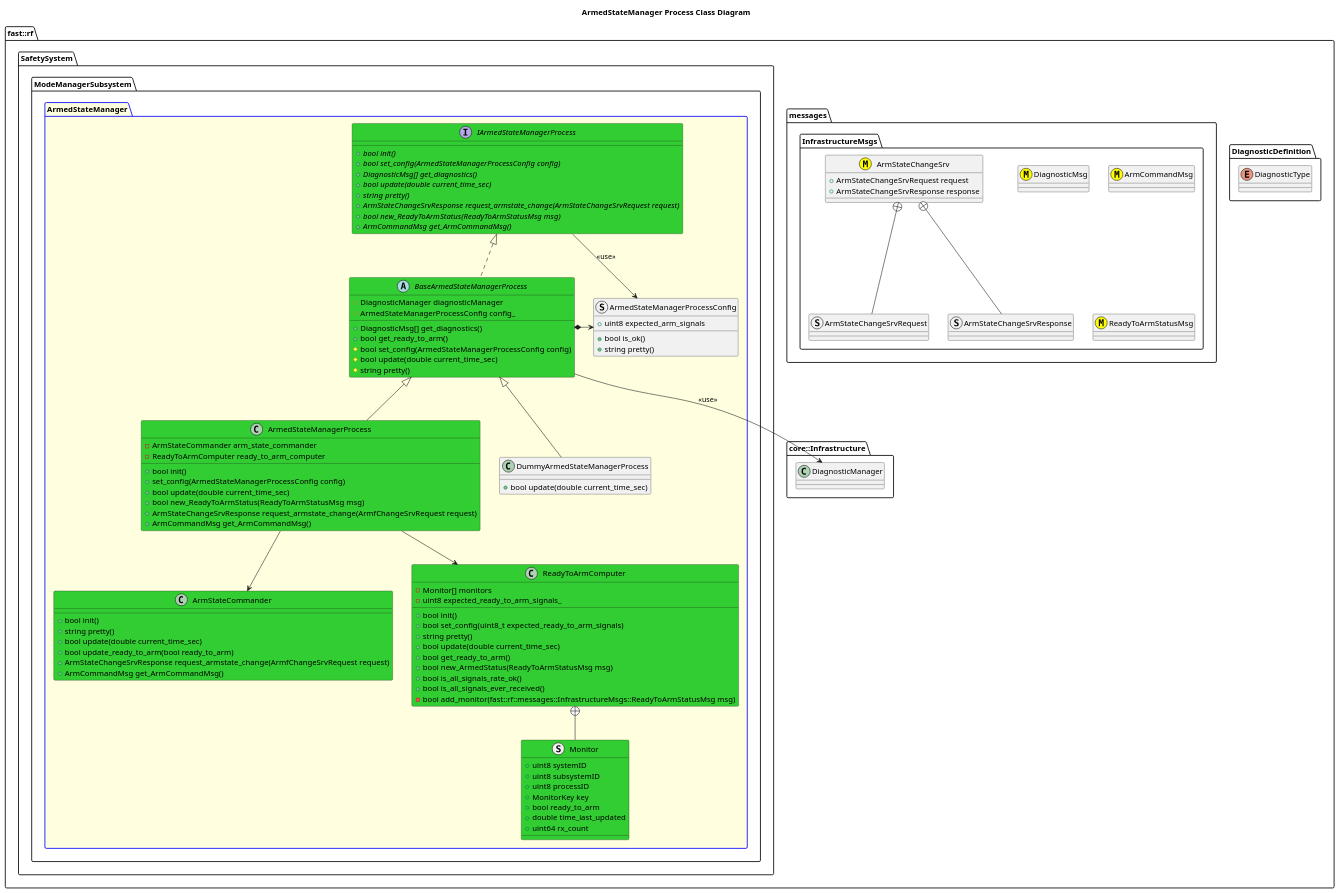
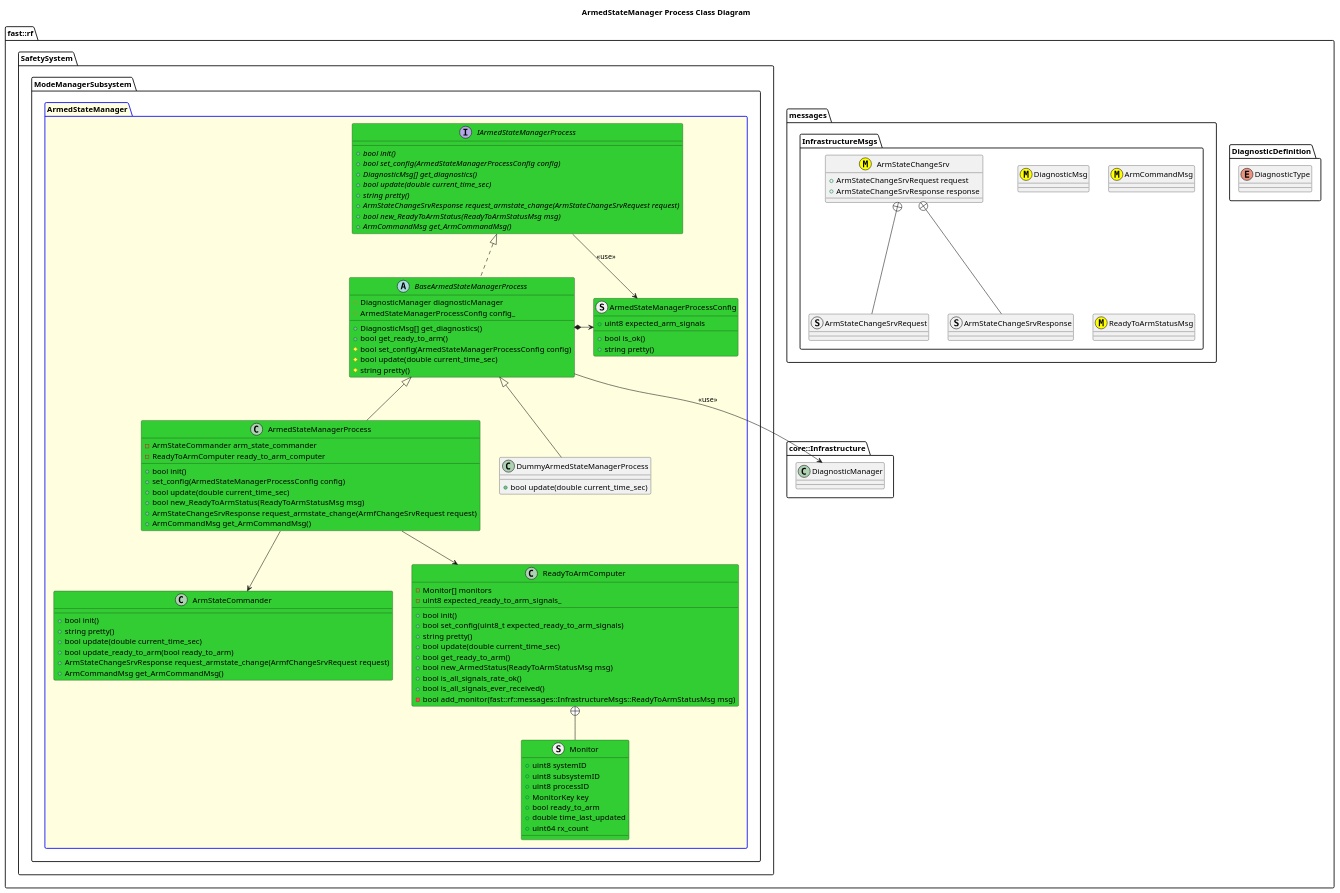
One commit to fastrobotics/robot_framework changed the diagram in Systems/Safety/Subsystems/ModeManager/Processes/ArmedStateManager/doc/puml/ArmedStateManagerProcessClassDiagram.puml. Above: the diagram before and after it, drawn with PlantUML. The commit also changed 1 other file, not shown here.

```diff
--- a/Systems/Safety/Subsystems/ModeManager/Processes/ArmedStateManager/doc/puml/ArmedStateManagerProcessClassDiagram.puml
+++ b/Systems/Safety/Subsystems/ModeManager/Processes/ArmedStateManager/doc/puml/ArmedStateManagerProcessClassDiagram.puml
@@ -1,112 +1,112 @@
 @startuml
 title ArmedStateManager Process Class Diagram
 
 namespace fast::rf {
   namespace DiagnosticDefinition {
     enum DiagnosticType
   }
   namespace messages {
     namespace InfrastructureMsgs {
       class DiagnosticMsg <<(M,#FFFF00)>>
       class ArmCommandMsg <<(M,#FFFF00)>>
       class ReadyToArmStatusMsg <<(M,#FFFF00)>> 
       struct ArmStateChangeSrvRequest
       struct ArmStateChangeSrvResponse
       class ArmStateChangeSrv <<(M,#FFFF00)>>  {
           +ArmStateChangeSrvRequest request
           +ArmStateChangeSrvResponse response
       }
       ArmStateChangeSrv +-- ArmStateChangeSrvRequest
       ArmStateChangeSrv +-- ArmStateChangeSrvResponse
     }
   }
   namespace core::Infrastructure {
     class DiagnosticManager
   }
   namespace SafetySystem {
     namespace ModeManagerSubsystem {
       package ArmedStateManager #LightYellow;line:blue {
         class ArmStateCommander #LimeGreen {
             +bool init()
             +string pretty()
             +bool update(double current_time_sec)
             +bool update_ready_to_arm(bool ready_to_arm)
             +ArmStateChangeSrvResponse request_armstate_change(ArmfChangeSrvRequest request)
             +ArmCommandMsg get_ArmCommandMsg()
         }
         struct Monitor #LimeGreen {
           +uint8 systemID
           +uint8 subsystemID
           +uint8 processID
           +MonitorKey key
           +bool ready_to_arm
           +double time_last_updated
           +uint64 rx_count
         }
         class ReadyToArmComputer #LimeGreen {
             
             +bool init()
             +bool set_config(uint8_t expected_ready_to_arm_signals)
             +string pretty()
             +bool update(double current_time_sec)
             +bool get_ready_to_arm()
             +bool new_ArmedStatus(ReadyToArmStatusMsg msg)
             +bool is_all_signals_rate_ok()
             +bool is_all_signals_ever_received()
             -bool add_monitor(fast::rf::messages::InfrastructureMsgs::ReadyToArmStatusMsg msg)
             -Monitor[] monitors
             -uint8 expected_ready_to_arm_signals_
         }
         ReadyToArmComputer +-- Monitor
-        struct ArmedStateManagerProcessConfig {
+        struct ArmedStateManagerProcessConfig #LimeGreen {
           +uint8 expected_arm_signals
           +bool is_ok()
           +string pretty()
         }
         interface IArmedStateManagerProcess #LimeGreen {
           +{abstract} bool init()
           +{abstract} bool set_config(ArmedStateManagerProcessConfig config)
           +{abstract} DiagnosticMsg[] get_diagnostics()
           +{abstract} bool update(double current_time_sec)
           +{abstract} string pretty()
           +{abstract} ArmStateChangeSrvResponse request_armstate_change(ArmStateChangeSrvRequest request)
           +{abstract} bool new_ReadyToArmStatus(ReadyToArmStatusMsg msg)
           +{abstract} ArmCommandMsg get_ArmCommandMsg()
         }
         IArmedStateManagerProcess --> ArmedStateManagerProcessConfig: <<use>>
         abstract BaseArmedStateManagerProcess #LimeGreen {
           
           +DiagnosticMsg[] get_diagnostics()
           +bool get_ready_to_arm()
           #bool set_config(ArmedStateManagerProcessConfig config)
           #bool update(double current_time_sec)
           #string pretty()
           #DiagnosticManager diagnosticManager
           #ArmedStateManagerProcessConfig config_
 
         }
         BaseArmedStateManagerProcess .up.|> IArmedStateManagerProcess
         BaseArmedStateManagerProcess --> DiagnosticManager: <<use>>
         BaseArmedStateManagerProcess *-> ArmedStateManagerProcessConfig
         class ArmedStateManagerProcess #LimeGreen {
           +bool init()
           +set_config(ArmedStateManagerProcessConfig config)
           +bool update(double current_time_sec)
           +bool new_ReadyToArmStatus(ReadyToArmStatusMsg msg)
           +ArmStateChangeSrvResponse request_armstate_change(ArmfChangeSrvRequest request)
           +ArmCommandMsg get_ArmCommandMsg()
           -ArmStateCommander arm_state_commander
           -ReadyToArmComputer ready_to_arm_computer
         }
         ArmedStateManagerProcess -up-|> BaseArmedStateManagerProcess
         ArmedStateManagerProcess --> ArmStateCommander
         ArmedStateManagerProcess --> ReadyToArmComputer
         class DummyArmedStateManagerProcess  {
           +bool update(double current_time_sec)
         }
         DummyArmedStateManagerProcess -up-|> BaseArmedStateManagerProcess
       }
     }
   }
 }
 @enduml
```
